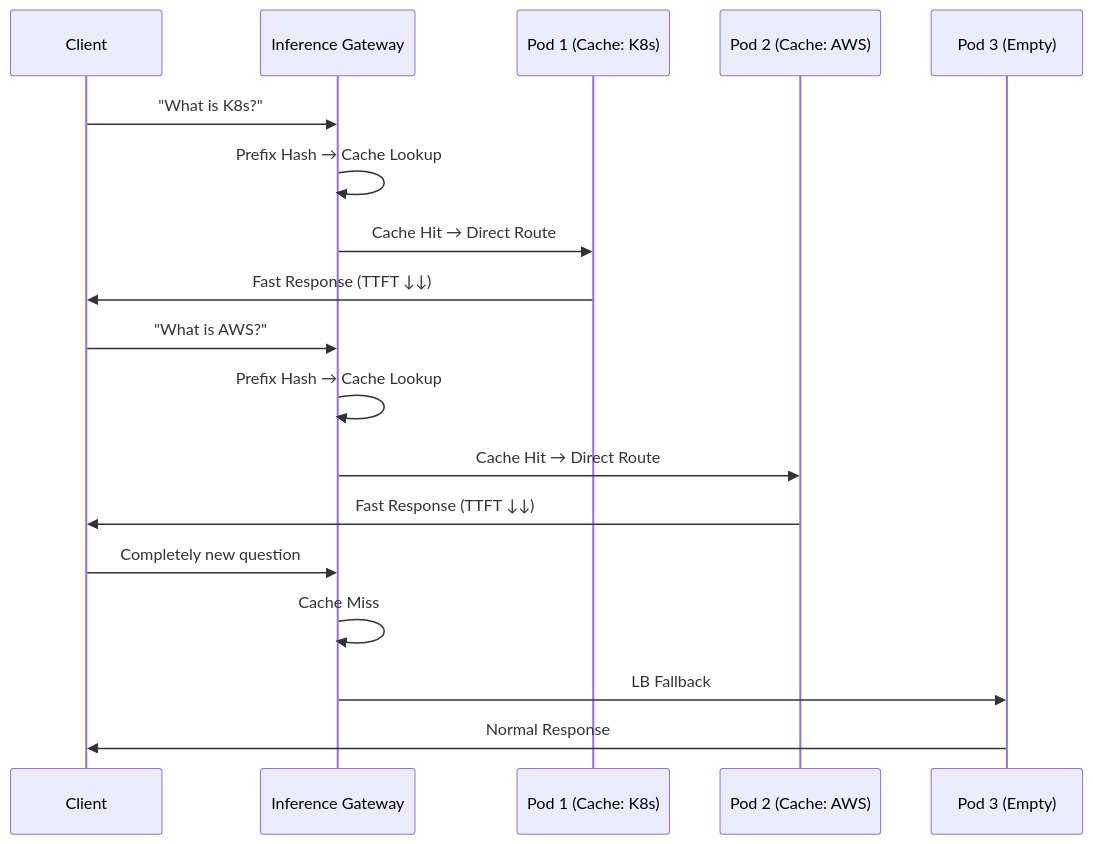
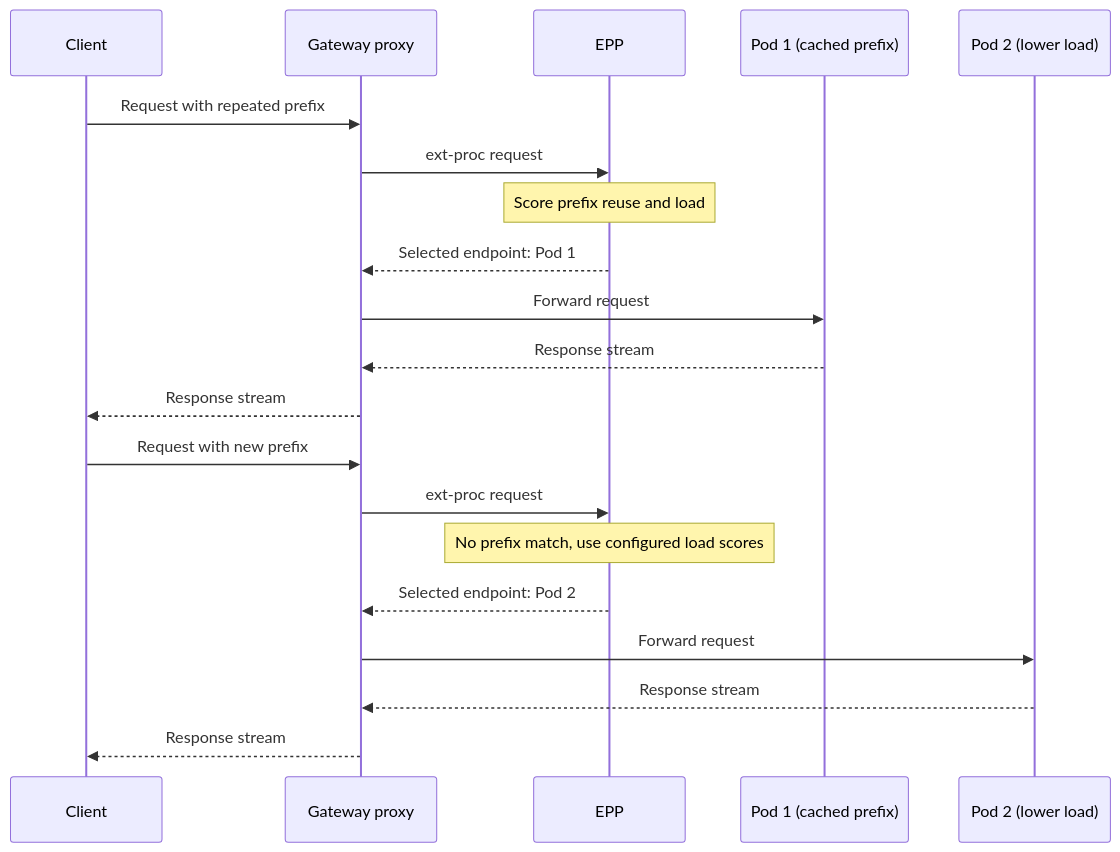
The second of 3 diagrams in i18n/en/docusaurus-plugin-content-docs/current/agentic-ai-platform/model-serving/inference-optimization/kv-cache-optimization.md (devfloor9/engineering-playbook), drawn with Mermaid before and after one commit. The commit also changed other lines of this file and 10 other files, not shown here.

````diff
--- a/i18n/en/docusaurus-plugin-content-docs/current/agentic-ai-platform/model-serving/inference-optimization/kv-cache-optimization.md
+++ b/i18n/en/docusaurus-plugin-content-docs/current/agentic-ai-platform/model-serving/inference-optimization/kv-cache-optimization.md
@@ -117,23 +119,22 @@
 ```mermaid
 sequenceDiagram
     participant C as Client
-    participant GW as Inference Gateway
-    participant P1 as Pod 1 (Cache: K8s)
-    participant P2 as Pod 2 (Cache: AWS)
-    participant P3 as Pod 3 (Empty)
-
-    C->>GW: "What is K8s?"
-    GW->>GW: Prefix Hash → Cache Lookup
-    GW->>P1: Cache Hit → Direct Route
-    P1->>C: Fast Response (TTFT ↓↓)
-
-    C->>GW: "What is AWS?"
-    GW->>GW: Prefix Hash → Cache Lookup
-    GW->>P2: Cache Hit → Direct Route
-    P2->>C: Fast Response (TTFT ↓↓)
-
-    C->>GW: Completely new question
-    GW->>GW: Cache Miss
-    GW->>P3: LB Fallback
-    P3->>C: Normal Response
+    participant GW as Gateway proxy
+    participant E as EPP
+    participant P1 as Pod 1 (cached prefix)
+    participant P2 as Pod 2 (lower load)
+    C->>GW: Request with repeated prefix
+    GW->>E: ext-proc request
+    Note over E: Score prefix reuse and load
+    E-->>GW: Selected endpoint: Pod 1
+    GW->>P1: Forward request
+    P1-->>GW: Response stream
+    GW-->>C: Response stream
+    C->>GW: Request with new prefix
+    GW->>E: ext-proc request
+    Note over E: No prefix match, use configured load scores
+    E-->>GW: Selected endpoint: Pod 2
+    GW->>P2: Forward request
+    P2-->>GW: Response stream
+    GW-->>C: Response stream
 ```
````
